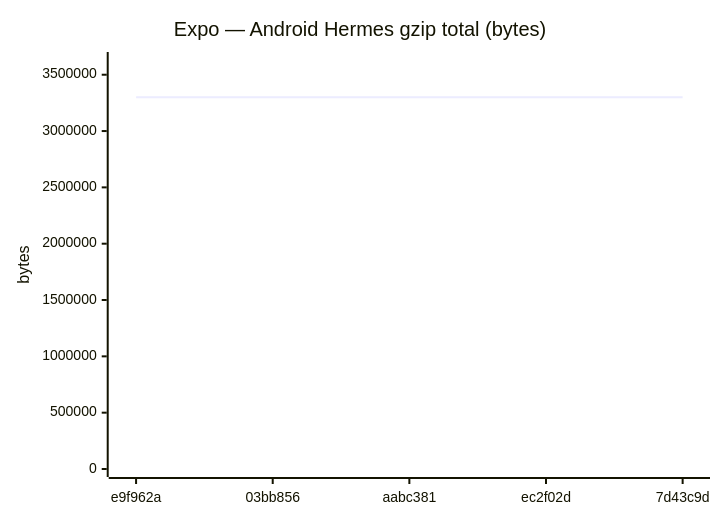
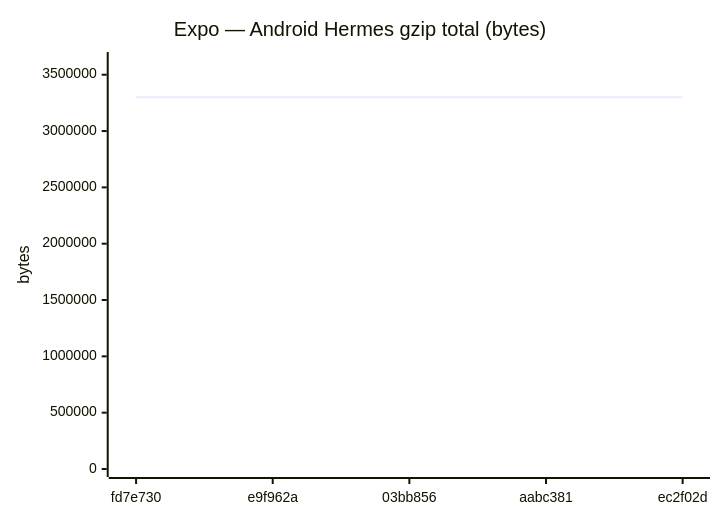
One commit to Metaheurist/Rianell changed diagram 11 of 18 in benchmarks/compare.md. Above: the diagram before and after it, drawn with Mermaid. The commit also changed other lines of this file and 11 other files, not shown here.

````diff
--- a/benchmarks/compare.md
+++ b/benchmarks/compare.md
@@ -172,7 +172,7 @@
 ```mermaid
 xychart-beta
     title "Expo — Android Hermes gzip total (bytes)"
-    x-axis ["e9f962a", "03bb856", "aabc381", "ec2f02d", "7d43c9d"]
+    x-axis ["fd7e730", "e9f962a", "03bb856", "aabc381", "ec2f02d"]
     y-axis "bytes" 0 --> 3630694
-    line [3300034, 3300038, 3300630, 3300522, 3299950]
+    line [3300038, 3300034, 3300038, 3300630, 3300522]
 ```
````
